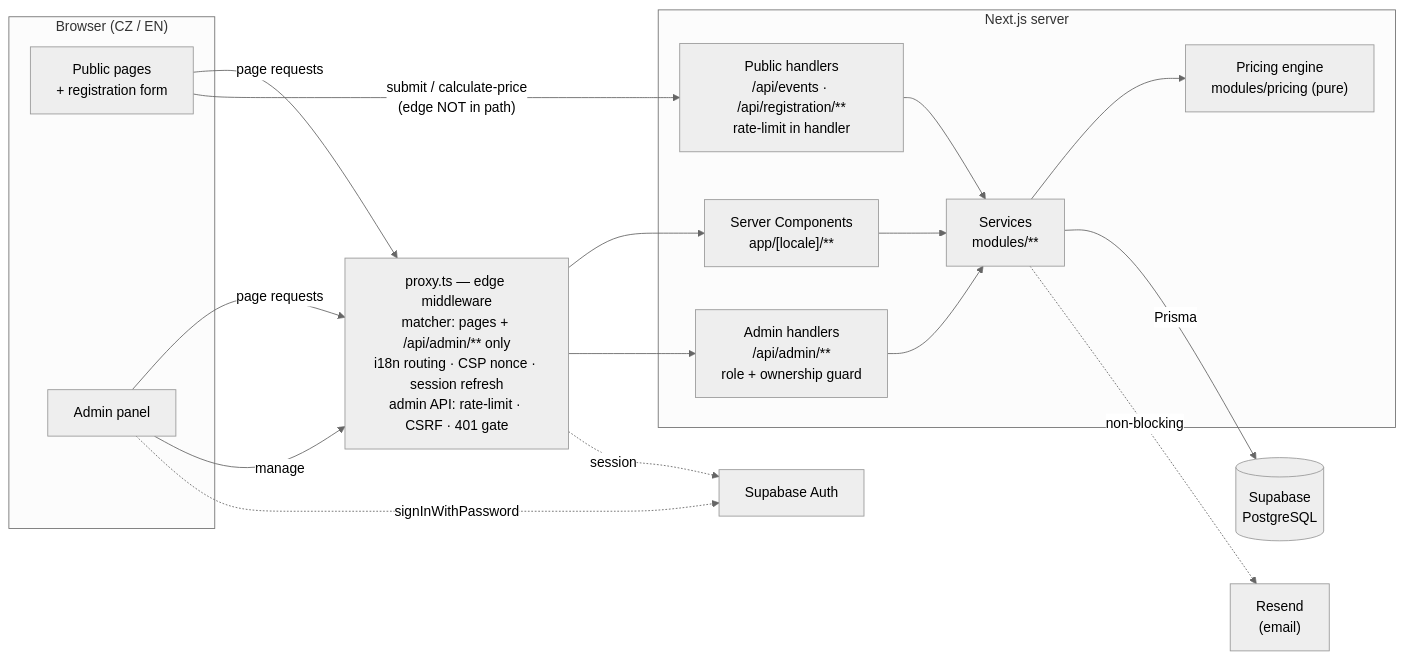
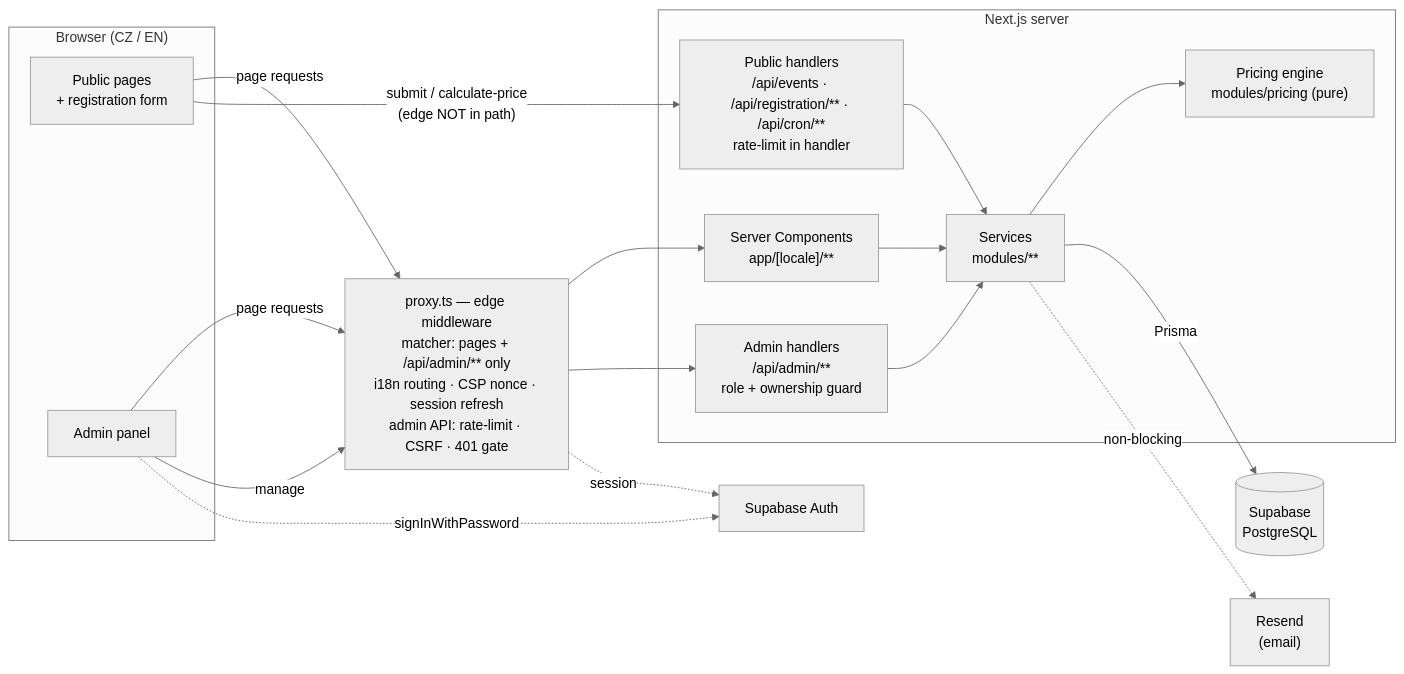
The diagram in README.md (Martin8O/Registrace), drawn with Mermaid (neutral theme) before and after one commit. The commit also changed other lines of this file and 12 other files, not shown here.

````diff
--- a/README.md
+++ b/README.md
@@ -249,36 +254,36 @@
 ```mermaid
 flowchart LR
     subgraph Client["Browser (CZ / EN)"]
         Pub["Public pages<br/>+ registration form"]
         Adm["Admin panel"]
     end
 
     Edge["proxy.ts — edge middleware<br/>matcher: pages + /api/admin/** only<br/>i18n routing · CSP nonce · session refresh<br/>admin API: rate-limit · CSRF · 401 gate"]
 
     subgraph Next["Next.js server"]
         Pages["Server Components<br/>app/[locale]/**"]
-        PubAPI["Public handlers<br/>/api/events · /api/registration/**<br/>rate-limit in handler"]
+        PubAPI["Public handlers<br/>/api/events · /api/registration/** · /api/cron/**<br/>rate-limit in handler"]
         AdmAPI["Admin handlers<br/>/api/admin/**<br/>role + ownership guard"]
         SVC["Services<br/>modules/**"]
         Price["Pricing engine<br/>modules/pricing (pure)"]
     end
 
     DB[("Supabase<br/>PostgreSQL")]
     AuthSvc["Supabase Auth"]
     Mail["Resend<br/>(email)"]
 
     Pub -->|"page requests"| Edge
     Adm -->|"page requests"| Edge
     Edge --> Pages
     Adm -->|"manage"| Edge
     Edge --> AdmAPI
     Pub -->|"submit / calculate-price<br/>(edge NOT in path)"| PubAPI
     Pages --> SVC
     PubAPI --> SVC
     AdmAPI --> SVC
     SVC --> Price
     SVC -->|Prisma| DB
     Adm -.->|"signInWithPassword"| AuthSvc
     Edge -.->|"session"| AuthSvc
     SVC -.->|"non-blocking"| Mail
 ```
````
